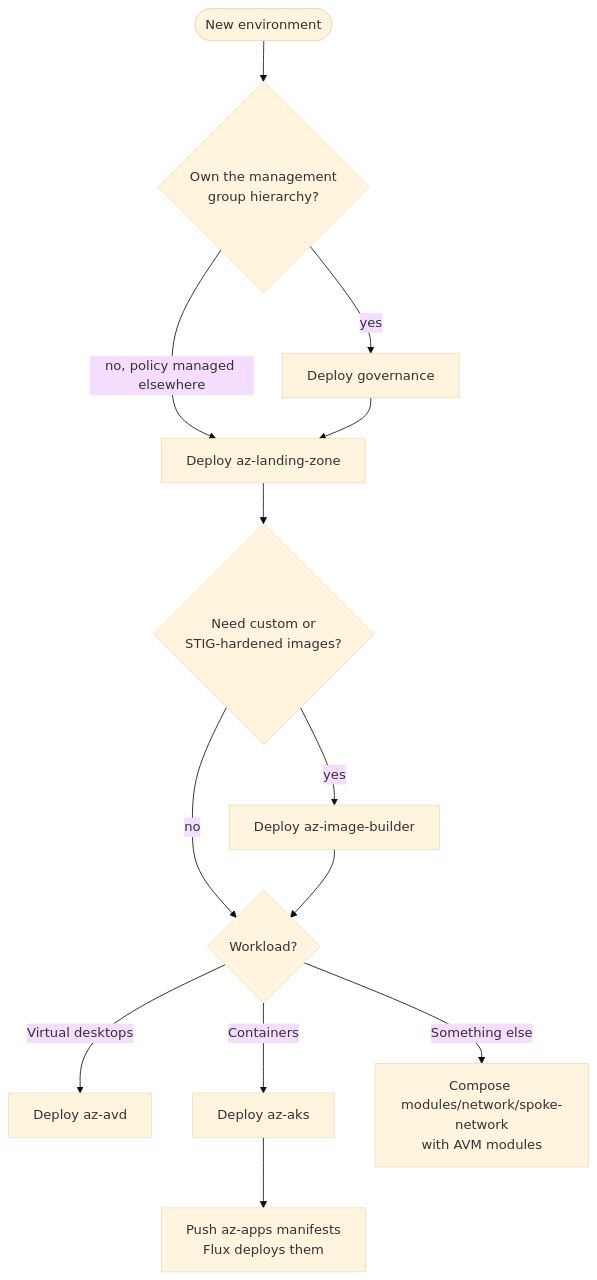
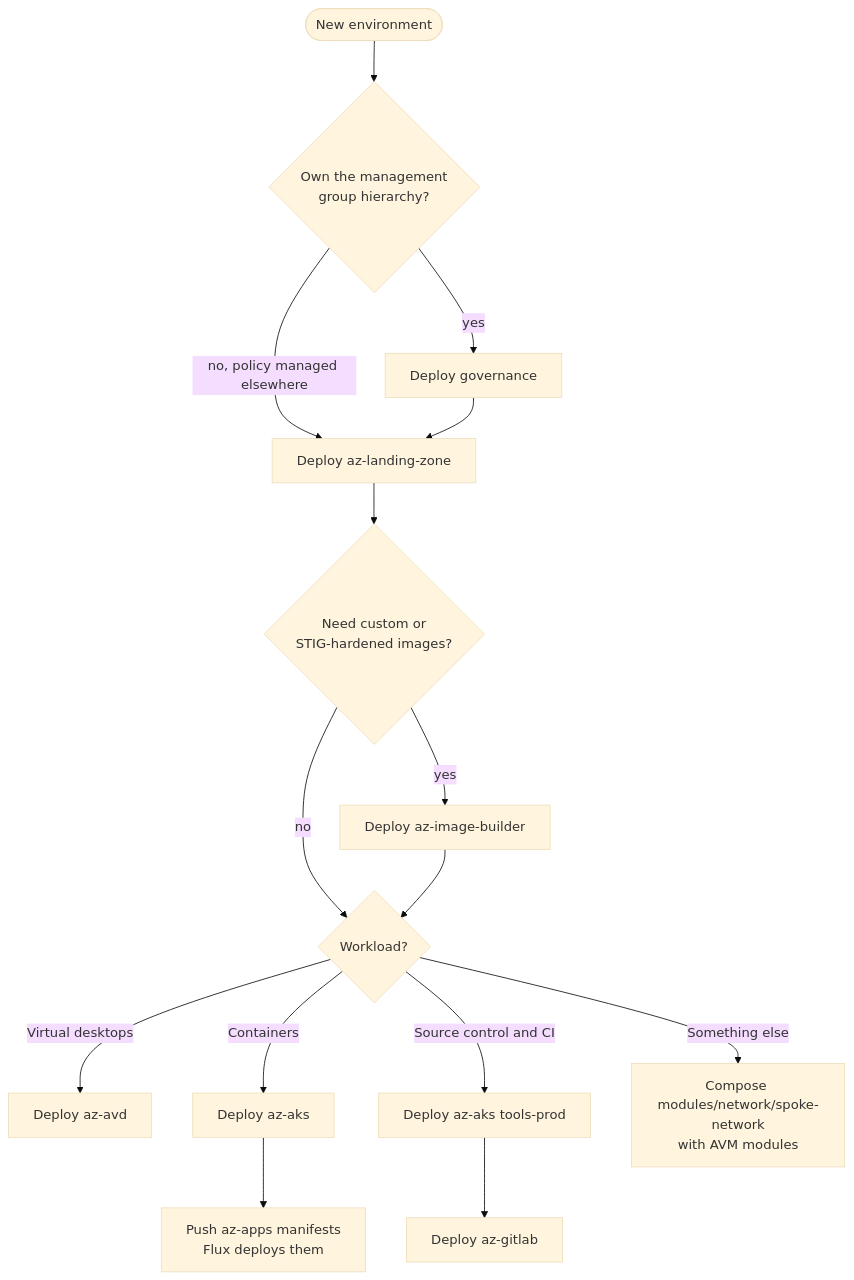
The second of 2 diagrams in README.md (mipapi1/azure-infrastructure), drawn with Mermaid (base theme) before and after one commit. The commit also changed other lines of this file and 86 other files, not shown here.

Commit message:
adding aks/gitlab/image builder to stack

````diff
--- a/README.md
+++ b/README.md
@@ -56,14 +62,15 @@
 ```mermaid
 flowchart TD
   start([New environment]) --> gov{Own the management<br/>group hierarchy?}
   gov -->|yes| g[Deploy governance]
   gov -->|no, policy managed elsewhere| hub
   g --> hub[Deploy az-landing-zone]
   hub --> img{Need custom or<br/>STIG-hardened images?}
   img -->|yes| aib[Deploy az-image-builder]
   img -->|no| wl
   aib --> wl{Workload?}
   wl -->|Virtual desktops| avd[Deploy az-avd]
   wl -->|Containers| aks[Deploy az-aks] --> apps[Push az-apps manifests<br/>Flux deploys them]
+  wl -->|Source control and CI| tools[Deploy az-aks tools-prod] --> gl[Deploy az-gitlab]
   wl -->|Something else| spoke[Compose modules/network/spoke-network<br/>with AVM modules]
 ```
````
